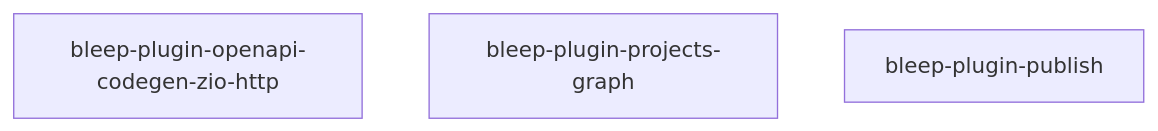
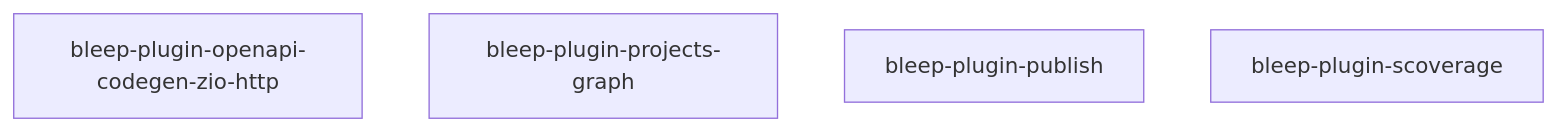
The diagram in docs/projects-graph.md (io-github-nafg/bleep-plugins), drawn with Mermaid before and after one commit.

Commit message:
chore: update projects graph

````diff
--- a/docs/projects-graph.md
+++ b/docs/projects-graph.md
@@ -3,6 +3,7 @@
 ```mermaid
 graph TD
     bleep-plugin-openapi-codegen-zio-http
     bleep-plugin-projects-graph
     bleep-plugin-publish
+    bleep-plugin-scoverage
 ```
````
